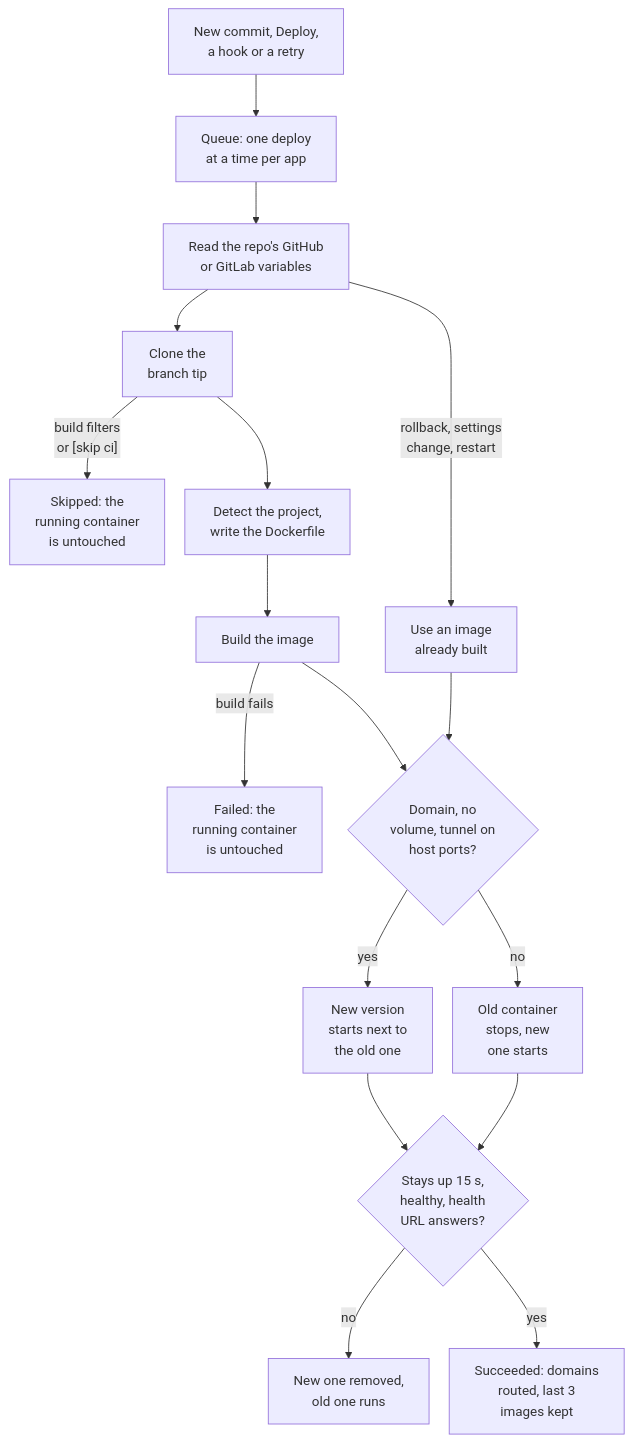
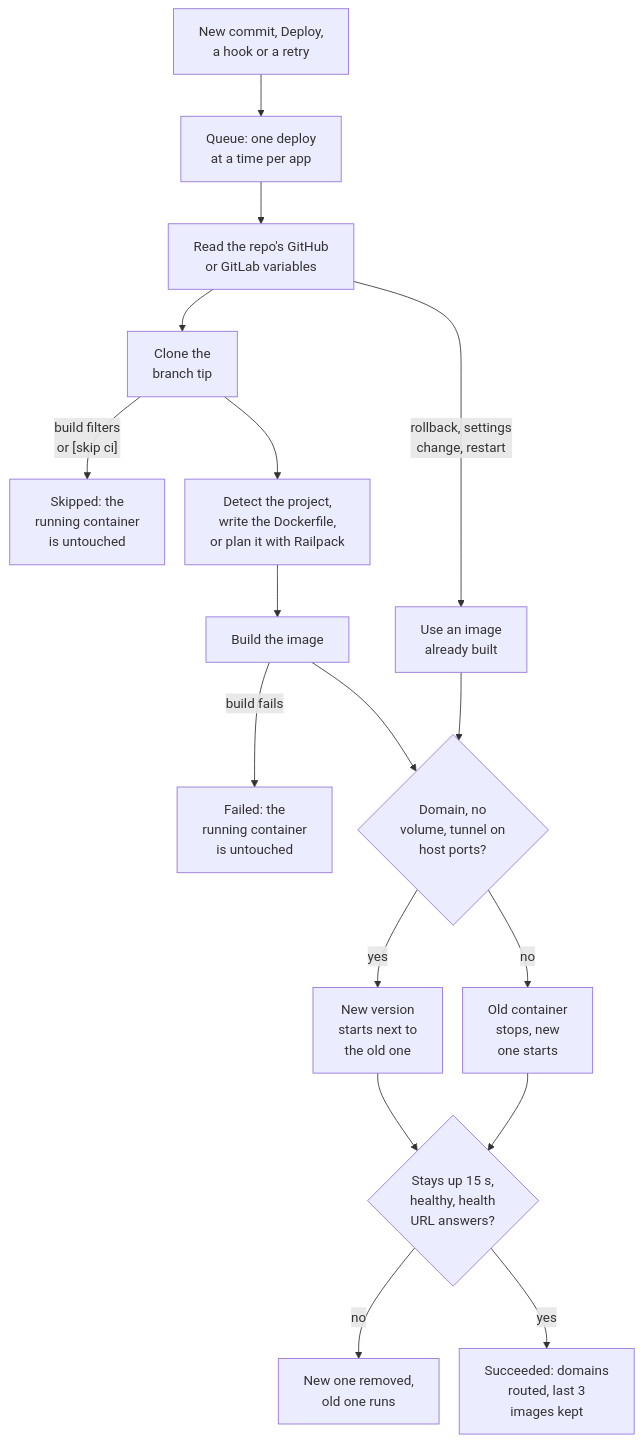
One commit to johnhowelljr/Gitberth changed the first of 3 diagrams in docs/concepts/how-deploys-work.md. Above: the diagram before and after it, drawn with Mermaid. The commit also changed other lines of this file and 126 other files, not shown here.

````diff
--- a/docs/concepts/how-deploys-work.md
+++ b/docs/concepts/how-deploys-work.md
@@ -9,20 +9,20 @@
 ```mermaid
 %%{init: {"flowchart": {"nodeSpacing": 24}}}%%
 flowchart TD
     start["New commit, Deploy,<br/>a hook or a retry"] --> queue["Queue: one deploy<br/>at a time per app"]
     queue --> vars["Read the repo's GitHub<br/>or GitLab variables"]
     vars --> clone["Clone the<br/>branch tip"]
     vars -->|"rollback, settings<br/>change, restart"| built["Use an image<br/>already built"]
     clone -->|"build filters<br/>or [skip ci]"| skipped["Skipped: the<br/>running container<br/>is untouched"]
-    clone --> dockerfile["Detect the project,<br/>write the Dockerfile"]
+    clone --> dockerfile["Detect the project,<br/>write the Dockerfile,<br/>or plan it with Railpack"]
     dockerfile --> build["Build the image"]
     build -->|"build fails"| untouched["Failed: the<br/>running container<br/>is untouched"]
     build --> swap{"Domain, no<br/>volume, tunnel on<br/>host ports?"}
     built --> swap
     swap -->|"yes"| side["New version<br/>starts next to<br/>the old one"]
     swap -->|"no"| usual["Old container<br/>stops, new<br/>one starts"]
     side --> checks{"Stays up 15 s,<br/>healthy, health<br/>URL answers?"}
     usual --> checks
     checks -->|"no"| back["New one removed,<br/>old one runs"]
     checks -->|"yes"| done["Succeeded: domains<br/>routed, last 3<br/>images kept"]
 ```
````
